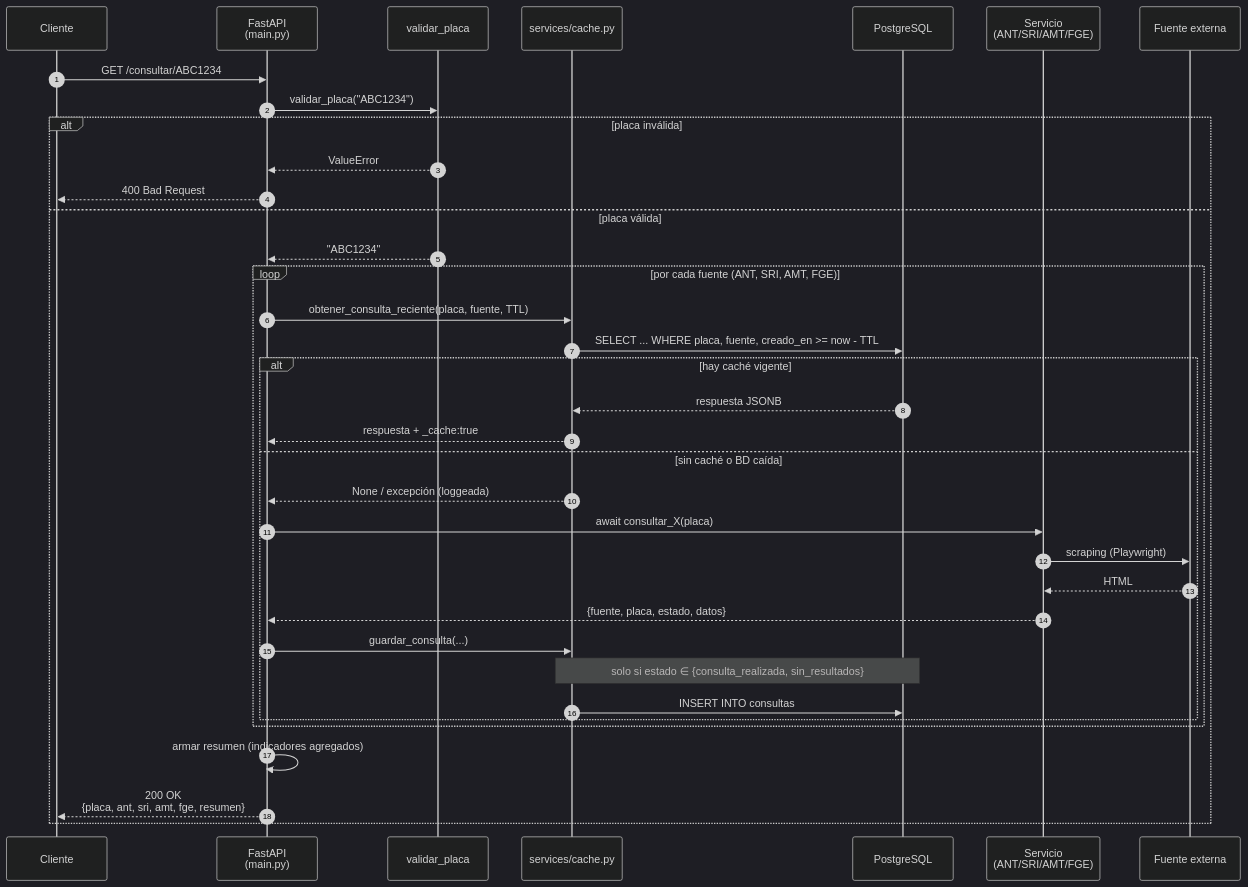
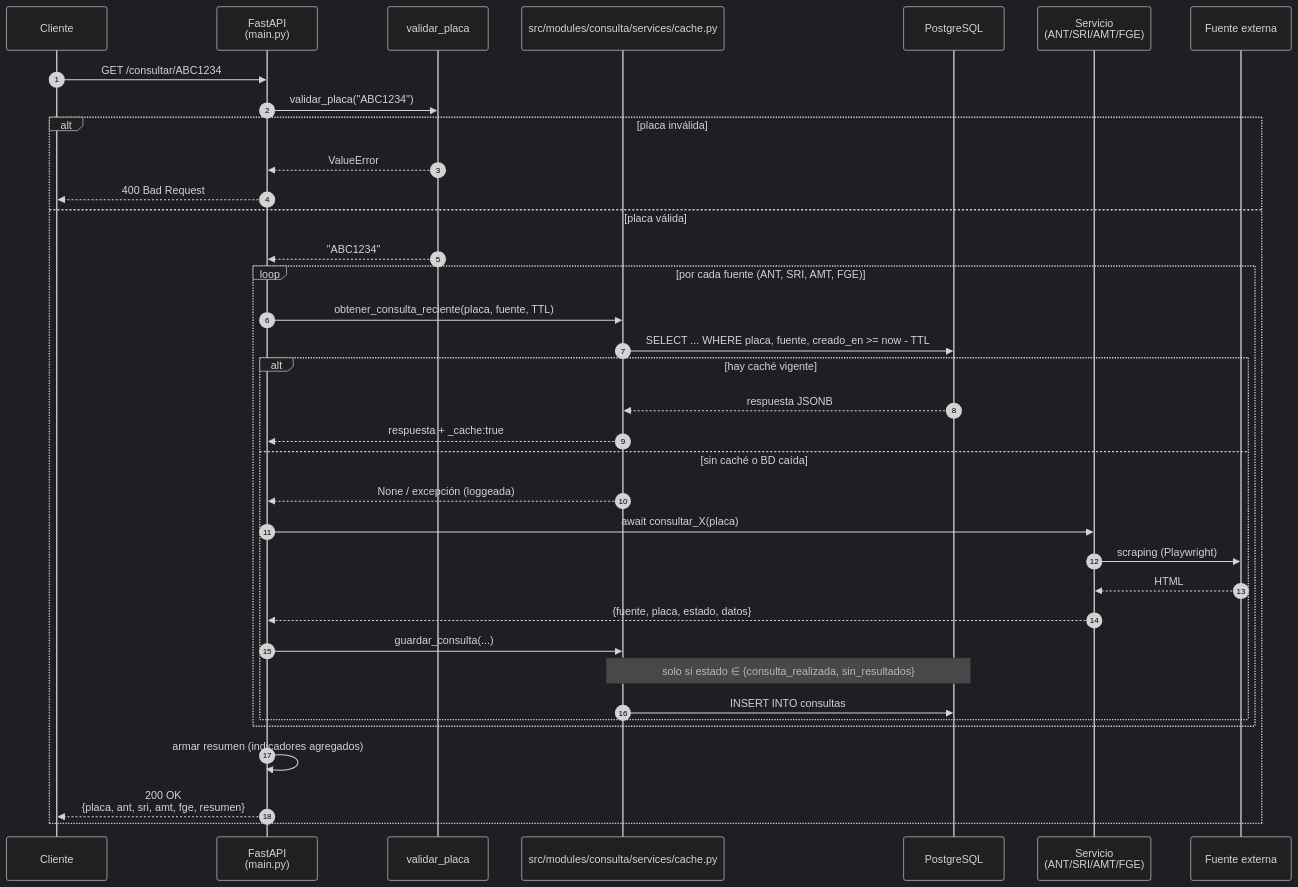
Before and after one commit to VMarcosGC/consulta-placas-ec: the third of 6 diagrams in docs/arquitectura.md, drawn with Mermaid (dark theme). The commit also changed other lines of this file and 99 other files, not shown here.

First line of the commit message:
refactor: monolito modular (DDD) en src/modules + AGENTS.md

````diff
--- a/docs/arquitectura.md
+++ b/docs/arquitectura.md
@@ -121,39 +121,39 @@
 ```mermaid
 sequenceDiagram
     autonumber
     participant C as Cliente
     participant API as FastAPI<br/>(main.py)
     participant V as validar_placa
-    participant Cache as services/cache.py
+    participant Cache as src/modules/consulta/services/cache.py
     participant DB as PostgreSQL
     participant Fuente as Servicio<br/>(ANT/SRI/AMT/FGE)
     participant Externa as Fuente externa
 
     C->>API: GET /consultar/ABC1234
     API->>V: validar_placa("ABC1234")
     alt placa inválida
         V-->>API: ValueError
         API-->>C: 400 Bad Request
     else placa válida
         V-->>API: "ABC1234"
         loop por cada fuente (ANT, SRI, AMT, FGE)
             API->>Cache: obtener_consulta_reciente(placa, fuente, TTL)
             Cache->>DB: SELECT ... WHERE placa, fuente, creado_en >= now - TTL
             alt hay caché vigente
                 DB-->>Cache: respuesta JSONB
                 Cache-->>API: respuesta + _cache:true
             else sin caché o BD caída
                 Cache-->>API: None / excepción (loggeada)
                 API->>Fuente: await consultar_X(placa)
                 Fuente->>Externa: scraping (Playwright)
                 Externa-->>Fuente: HTML
                 Fuente-->>API: {fuente, placa, estado, datos}
                 API->>Cache: guardar_consulta(...)
                 Note over Cache,DB: solo si estado ∈ {consulta_realizada, sin_resultados}
                 Cache->>DB: INSERT INTO consultas
             end
         end
         API->>API: armar resumen (indicadores agregados)
         API-->>C: 200 OK<br/>{placa, ant, sri, amt, fge, resumen}
     end
 ```
````
